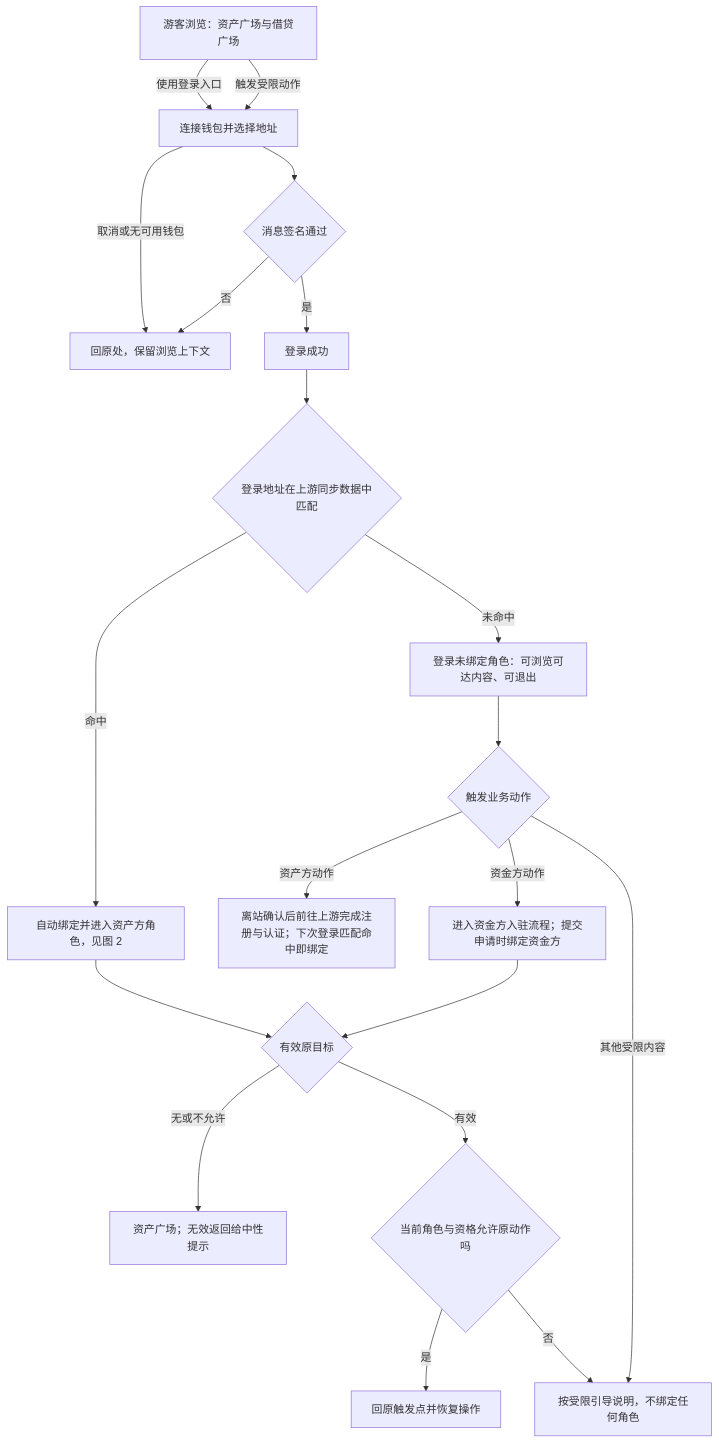
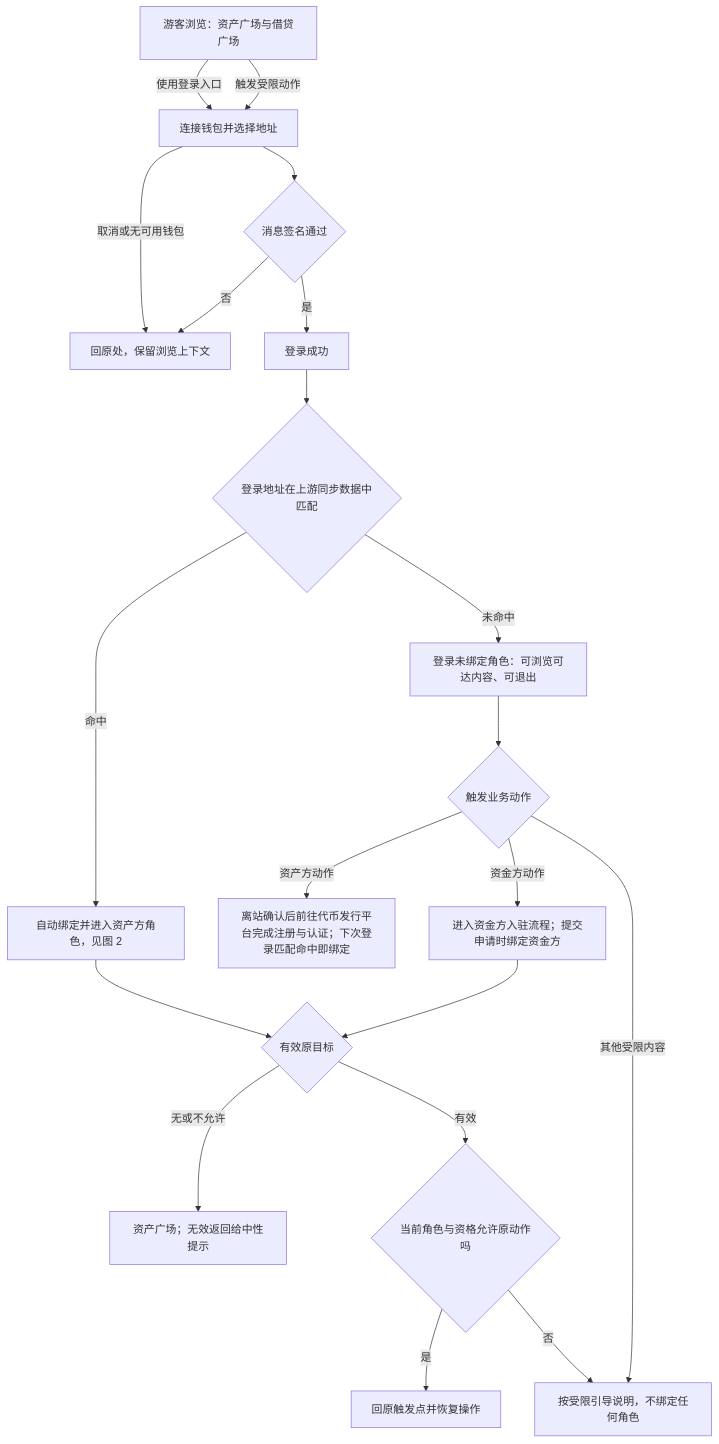
The first of 7 diagrams in lending-platform/PRD/v2.0-登录与账户体系/02-登录主干与资产方SSO接入-流程图与状态机.md (wxblockchain/Chain-Financing), drawn with Mermaid before and after one commit. The commit also changed other lines of this file and 3 other files, not shown here.

````diff
--- a/lending-platform/PRD/v2.0-登录与账户体系/02-登录主干与资产方SSO接入-流程图与状态机.md
+++ b/lending-platform/PRD/v2.0-登录与账户体系/02-登录主干与资产方SSO接入-流程图与状态机.md
@@ -10,22 +10,22 @@
 ```mermaid
 flowchart TD
     G["游客浏览：资产广场与借贷广场"] -->|使用登录入口| W["连接钱包并选择地址"]
     G -->|触发受限动作| W
     W -->|取消或无可用钱包| O["回原处，保留浏览上下文"]
     W --> S{"消息签名通过"}
     S -->|否| O
     S -->|是| IN["登录成功"]
     IN --> M{"登录地址在上游同步数据中匹配"}
     M -->|命中| ASSET["自动绑定并进入资产方角色，见图 2"]
     M -->|未命中| NONE["登录未绑定角色：可浏览可达内容、可退出"]
     NONE --> ACT{"触发业务动作"}
-    ACT -->|资产方动作| UP["离站确认后前往上游完成注册与认证；下次登录匹配命中即绑定"]
+    ACT -->|资产方动作| UP["离站确认后前往代币发行平台完成注册与认证；下次登录匹配命中即绑定"]
     ACT -->|资金方动作| FUND["进入资金方入驻流程；提交申请时绑定资金方"]
     ACT -->|其他受限内容| GUIDE["按受限引导说明，不绑定任何角色"]
     ASSET --> NEXT{"有效原目标"}
     FUND --> NEXT
     NEXT -->|无或不允许| PLAZA["资产广场；无效返回给中性提示"]
     NEXT -->|有效| Q{"当前角色与资格允许原动作吗"}
     Q -->|是| BACK["回原触发点并恢复操作"]
     Q -->|否| GUIDE
 ```
````
